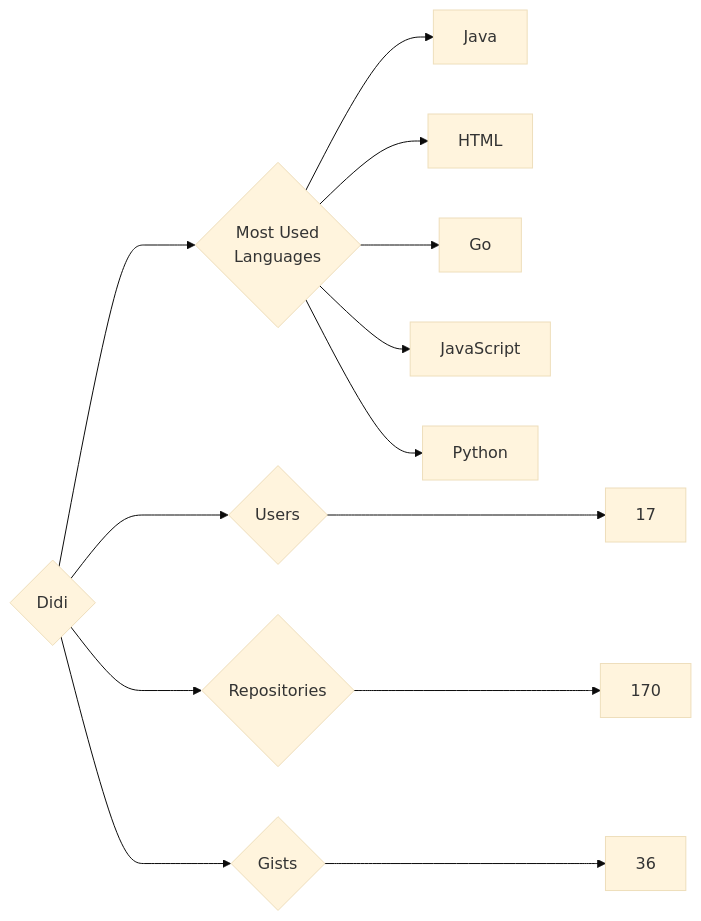
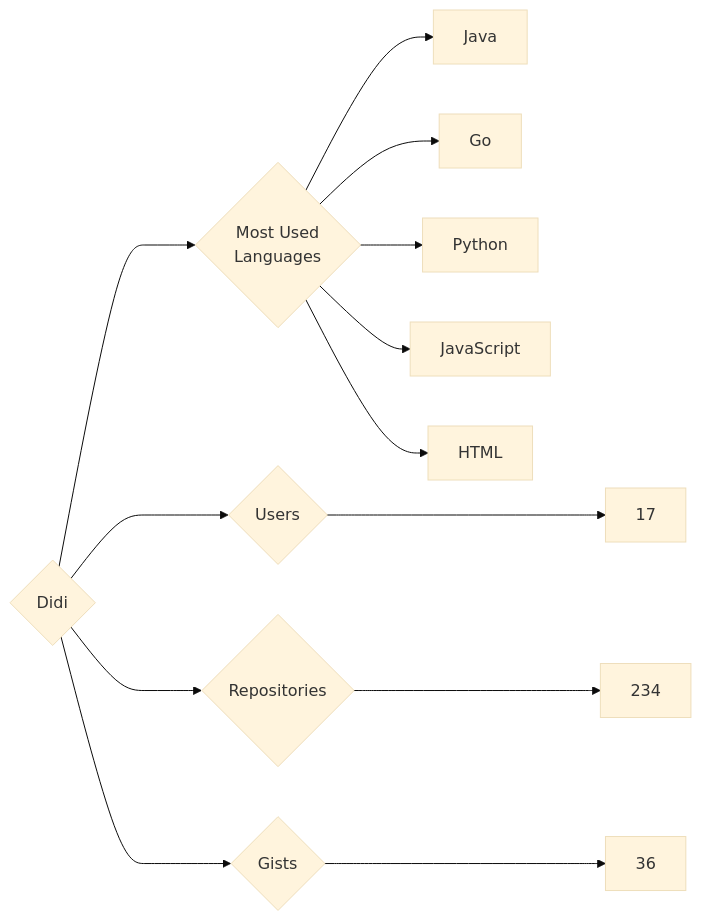
Before and after one commit to trickest/insiders: the diagram in targets/Didi/README.md, drawn with Mermaid (base theme). The commit also changed 693 other files, not shown here.

````diff
--- a/targets/Didi/README.md
+++ b/targets/Didi/README.md
@@ -3,13 +3,13 @@
 ```mermaid
 graph LR
 COMPANY_NAME{Didi}
 COMPANY_NAME ---> U{Users} ---> UN[17]
-COMPANY_NAME ---> R{Repositories} ---> RN[170]
+COMPANY_NAME ---> R{Repositories} ---> RN[234]
 COMPANY_NAME ---> G{Gists} ---> GN[36]
 COMPANY_NAME ---> ML{Most Used<br>Languages}
 ML --> Java[Java]
+ML --> Go[Go]
+ML --> Python[Python]
+ML --> JavaScript[JavaScript]
 ML --> HTML[HTML]
-ML --> Go[Go]
-ML --> JavaScript[JavaScript]
-ML --> Python[Python]
 ```
````
